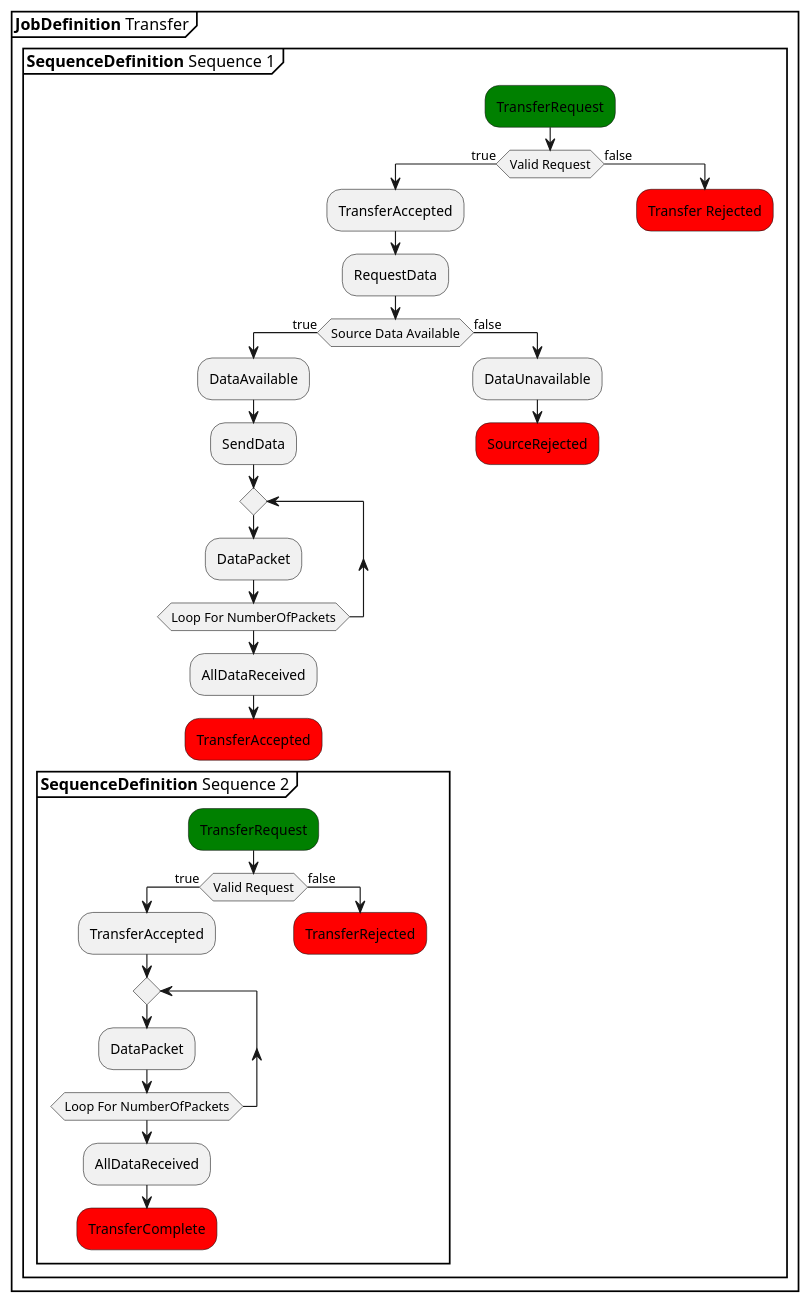
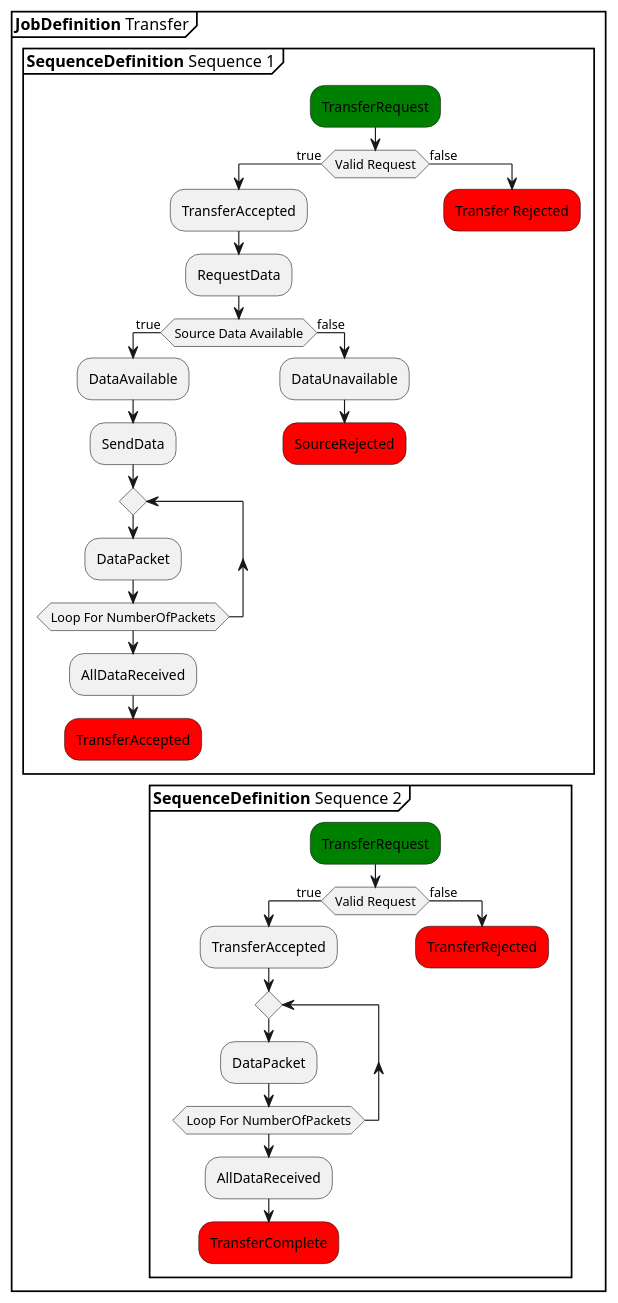
The diagram in models/SequenceVerificationDataCentric/puml/Tutorial_19.puml (xtuml/munin), drawn with PlantUML before and after one commit. The commit also changed other lines of this file and 3 other files, not shown here.

```diff
--- a/models/SequenceVerificationDataCentric/puml/Tutorial_19.puml
+++ b/models/SequenceVerificationDataCentric/puml/Tutorial_19.puml
@@ -1,43 +1,43 @@
 @startuml
 partition "**JobDefinition** Transfer" {
 group **SequenceDefinition** Sequence 1
 #green:TransferRequest;
 if (Valid Request) then (true)
   :TransferAccepted;
   :RequestData;
   if (Source Data Available) then (true)
     :DataAvailable;
     :SendData;
     repeat
       :DataPacket;
     repeat while (Loop For NumberOfPackets)
     :AllDataReceived;
     #red:TransferAccepted;
     detach    
+  else (false)
+    :DataUnavailable;
+    #red:SourceRejected;
+    detach
+   endif     
+else (false)
+  #red:Transfer Rejected;
+  detach
+endif
+end group
 group **SequenceDefinition** Sequence 2
     #green:TransferRequest;
     if (Valid Request) then (true)
       :TransferAccepted;
       repeat
         :DataPacket;
       repeat while (Loop For NumberOfPackets)
       :AllDataReceived;
       #red:TransferComplete;
       detach
     else (false)
       #red:TransferRejected;
       detach
     endif 
 end group     
-  else (false)
-    :DataUnavailable;
-    #red:SourceRejected;
-    detach
-   endif     
-else (false)
-  #red:Transfer Rejected;
-  detach
-endif
-end group
 }
 @enduml
```
